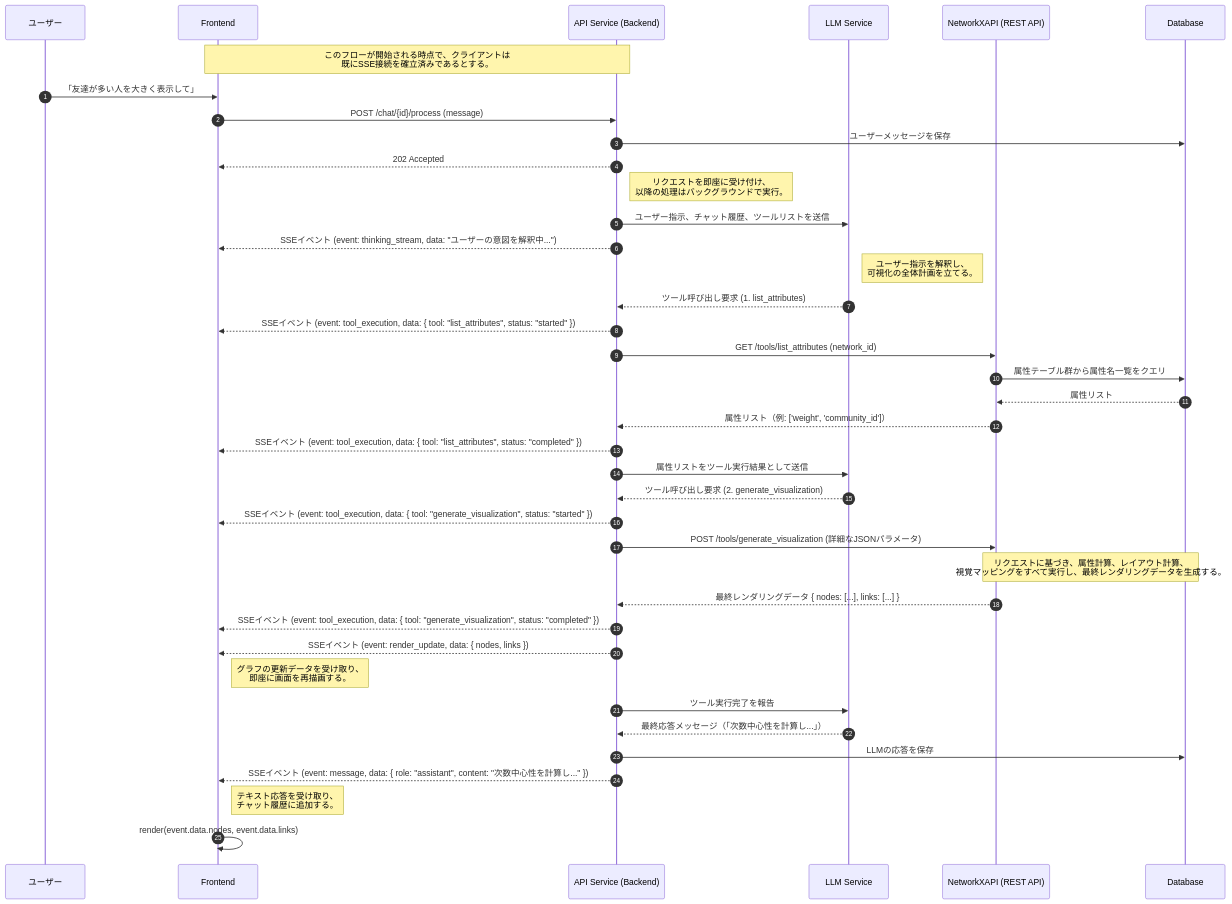
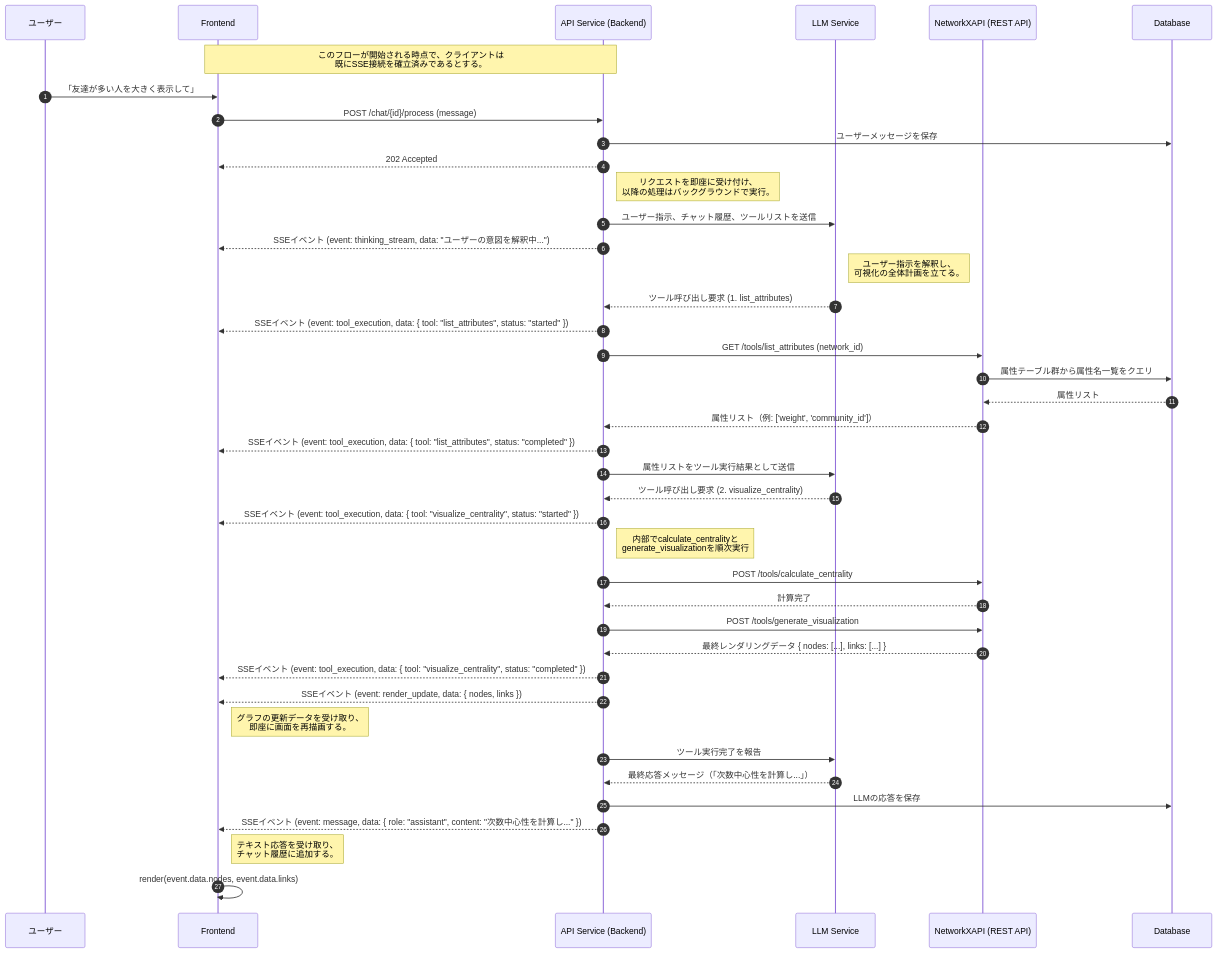
The second of 3 diagrams in specification/2_Technical_Details/6_Core_Workflows.md (vdslab/LLMGraphvis), drawn with Mermaid before and after one commit. The commit also changed other lines of this file and 8 other files, not shown here.

Commit message:
feat: Implement direct LLM-driven centrality visualization and streamline tool usage with updated system instructions.

````diff
--- a/specification/2_Technical_Details/6_Core_Workflows.md
+++ b/specification/2_Technical_Details/6_Core_Workflows.md
@@ -81,57 +81,59 @@
 ```mermaid
 sequenceDiagram
     autonumber
     %% Participants
     participant U as ユーザー
     participant F as Frontend
     participant B as API Service (Backend)
     participant LLM as LLM Service
     participant N as NetworkXAPI (REST API)
     participant DB as Database
 
     note over F, B: このフローが開始される時点で、クライアントは<br/>既にSSE接続を確立済みであるとする。
 
     U->>F: 「友達が多い人を大きく表示して」
     F->>B: POST /chat/{id}/process (message)
     B->>DB: ユーザーメッセージを保存
     B-->>F: 202 Accepted
     note right of B: リクエストを即座に受け付け、<br/>以降の処理はバックグラウンドで実行。
 
     %% Step 1: Backend starts the process and streams thinking
     B->>LLM: ユーザー指示、チャット履歴、ツールリストを送信
     B-->>F: SSEイベント (event: thinking_stream, data: "ユーザーの意図を解釈中...")
     note right of LLM: ユーザー指示を解釈し、<br/>可視化の全体計画を立てる。
     LLM-->>B: ツール呼び出し要求 (1. list_attributes)
 
     %% Step 2: Backend executes tools and streams status
     B-->>F: SSEイベント (event: tool_execution, data: { tool: "list_attributes", status: "started" })
     B->>N: GET /tools/list_attributes (network_id)
     N->>DB: 属性テーブル群から属性名一覧をクエリ
     DB-->>N: 属性リスト
     N-->>B: 属性リスト（例: ['weight', 'community_id']）
     B-->>F: SSEイベント (event: tool_execution, data: { tool: "list_attributes", status: "completed" })
 
     %% Step 3: Backend continues planning with LLM
     B->>LLM: 属性リストをツール実行結果として送信
-    LLM-->>B: ツール呼び出し要求 (2. generate_visualization)
+    LLM-->>B: ツール呼び出し要求 (2. visualize_centrality)
 
-    %% Step 4: Backend executes the final visualization tool
-    B-->>F: SSEイベント (event: tool_execution, data: { tool: "generate_visualization", status: "started" })
-    B->>N: POST /tools/generate_visualization (詳細なJSONパラメータ)
-    note over N,DB: リクエストに基づき、属性計算、レイアウト計算、<br/>視覚マッピングをすべて実行し、最終レンダリングデータを生成する。
+    %% Step 4: Backend executes the combined visualization tool
+    B-->>F: SSEイベント (event: tool_execution, data: { tool: "visualize_centrality", status: "started" })
+    note right of B: 内部でcalculate_centralityと<br/>generate_visualizationを順次実行
+    B->>N: POST /tools/calculate_centrality
+    N-->>B: 計算完了
+    B->>N: POST /tools/generate_visualization
     N-->>B: 最終レンダリングデータ { nodes: [...], links: [...] }
-    B-->>F: SSEイベント (event: tool_execution, data: { tool: "generate_visualization", status: "completed" })
+    B-->>F: SSEイベント (event: tool_execution, data: { tool: "visualize_centrality", status: "completed" })
 
     %% Step 5: Backend sends final data and text response via SSE
     B-->>F: SSEイベント (event: render_update, data: { nodes, links })
     note right of F: グラフの更新データを受け取り、<br/>即座に画面を再描画する。
 
     B->>LLM: ツール実行完了を報告
     LLM-->>B: 最終応答メッセージ（「次数中心性を計算し...」）
     B->>DB: LLMの応答を保存
     B-->>F: SSEイベント (event: message, data: { role: "assistant", content: "次数中心性を計算し..." })
     note right of F: テキスト応答を受け取り、<br/>チャット履歴に追加する。
 
     %% Step 6: Frontend renders the updated network
     F->>F: render(event.data.nodes, event.data.links)
 ```
````
